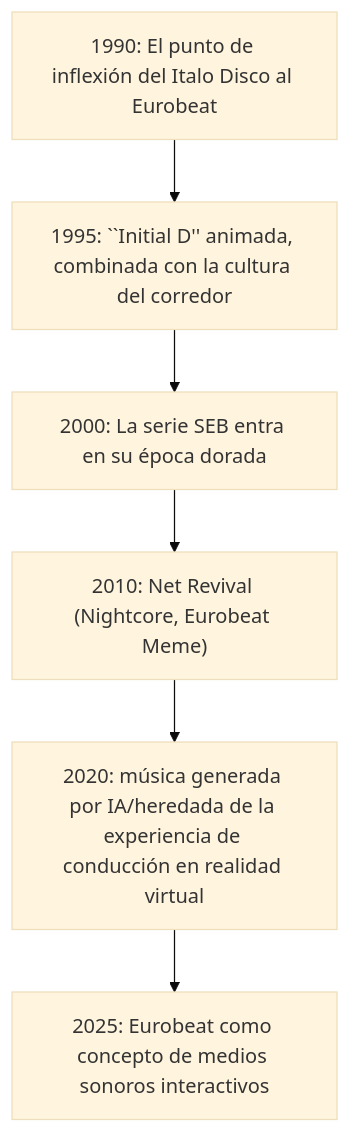
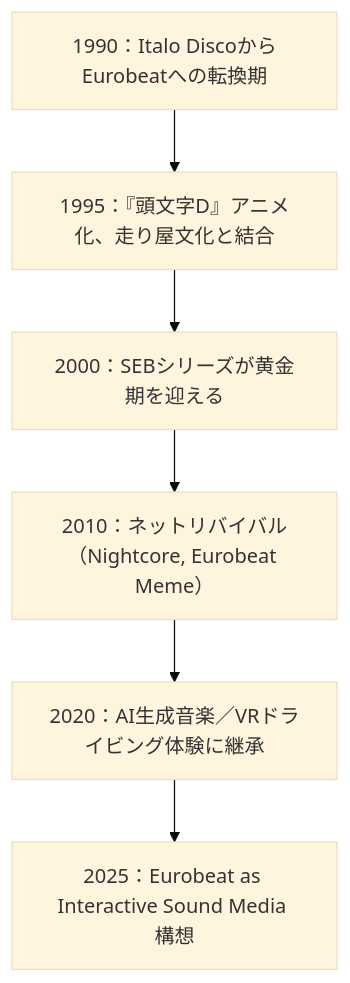
The diagram in es/_posts/2025-10-12-Column-InitialD-Eurobeat3.md (monumental-movement/monumental-movement.github.io), drawn with Mermaid (base theme) before and after one commit. The commit also changed other lines of this file and 299 other files, not shown here.

```diff
--- a/es/_posts/2025-10-12-Column-InitialD-Eurobeat3.md
+++ b/es/_posts/2025-10-12-Column-InitialD-Eurobeat3.md
@@ -179,13 +179,13 @@
 <div class="mermaid">
 
 flowchart TD
-    A1990["1990: El punto de inflexión del Italo Disco al Eurobeat"]
-    A1995["1995: ``Initial D'' animada, combinada con la cultura del corredor"]
-    A2000["2000: La serie SEB entra en su época dorada"]
-    A2010["2010: Net Revival (Nightcore, Eurobeat Meme)"]
-    A2020["2020: música generada por IA/heredada de la experiencia de conducción en realidad virtual"]
-    A2025["2025: Eurobeat como concepto de medios sonoros interactivos"]
+    A1990["1990：Italo DiscoからEurobeatへの転換期"]
+    A1995["1995：『頭文字D』アニメ化、走り屋文化と結合"]
+    A2000["2000：SEBシリーズが黄金期を迎える"]
+    A2010["2010：ネットリバイバル（Nightcore, Eurobeat Meme）"]
+    A2020["2020：AI生成音楽／VRドライビング体験に継承"]
+    A2025["2025：Eurobeat as Interactive Sound Media 構想"]
 
     A1990 --> A1995 --> A2000 --> A2010 --> A2020 --> A2025
 
 </div>
```
